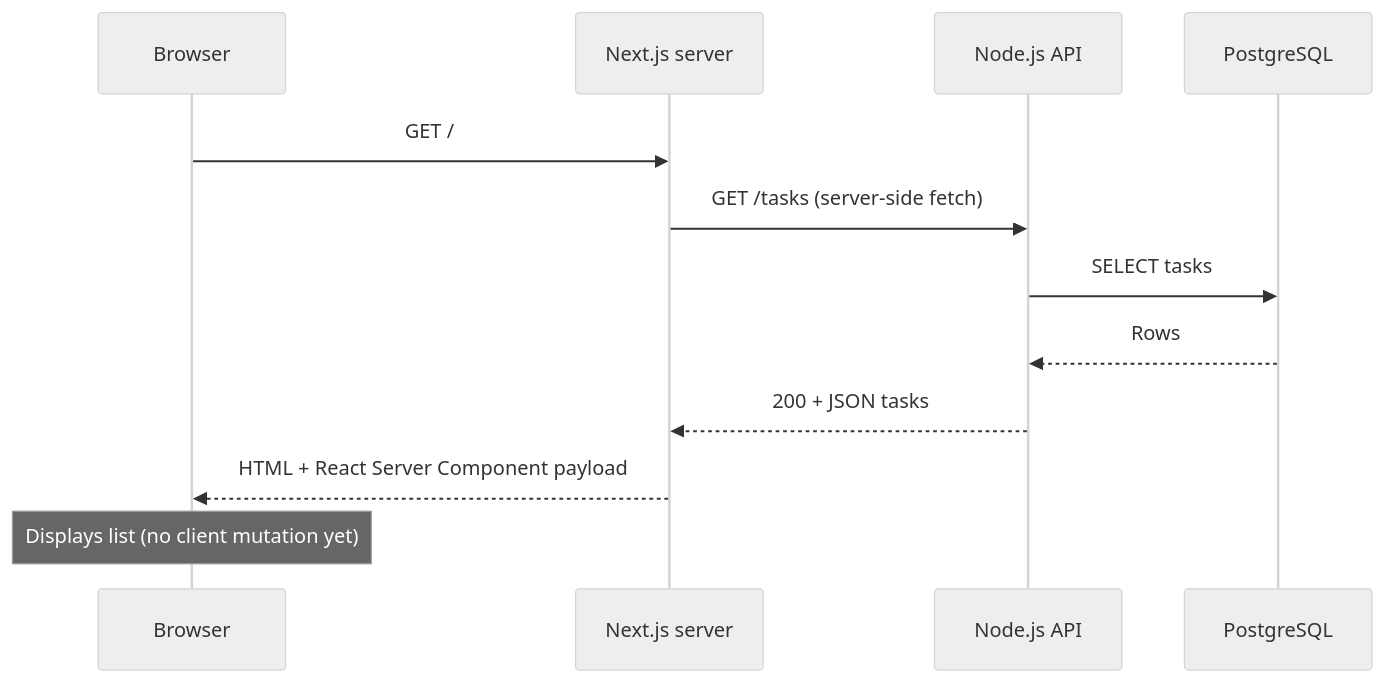
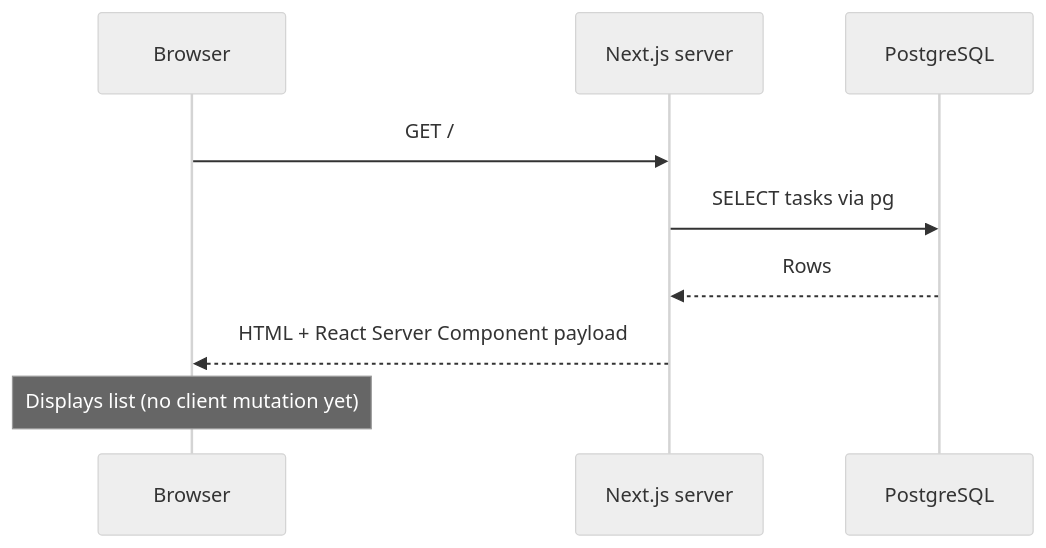
One commit to pratulsharma/minitrack changed the second of 2 diagrams in lessons/day-04.md. Above: the diagram before and after it, drawn with Mermaid (neutral theme). The commit also changed other lines of this file and 45 other files, not shown here.

````diff
--- a/lessons/day-04.md
+++ b/lessons/day-04.md
@@ -23,14 +21,11 @@
 ```mermaid
 sequenceDiagram
   participant Browser
   participant Next as Next.js server
-  participant API as Node.js API
   participant DB as PostgreSQL
   Browser->>Next: GET /
-  Next->>API: GET /tasks (server-side fetch)
-  API->>DB: SELECT tasks
-  DB-->>API: Rows
-  API-->>Next: 200 + JSON tasks
+  Next->>DB: SELECT tasks via pg
+  DB-->>Next: Rows
   Next-->>Browser: HTML + React Server Component payload
   Note over Browser: Displays list (no client mutation yet)
 ```
````
